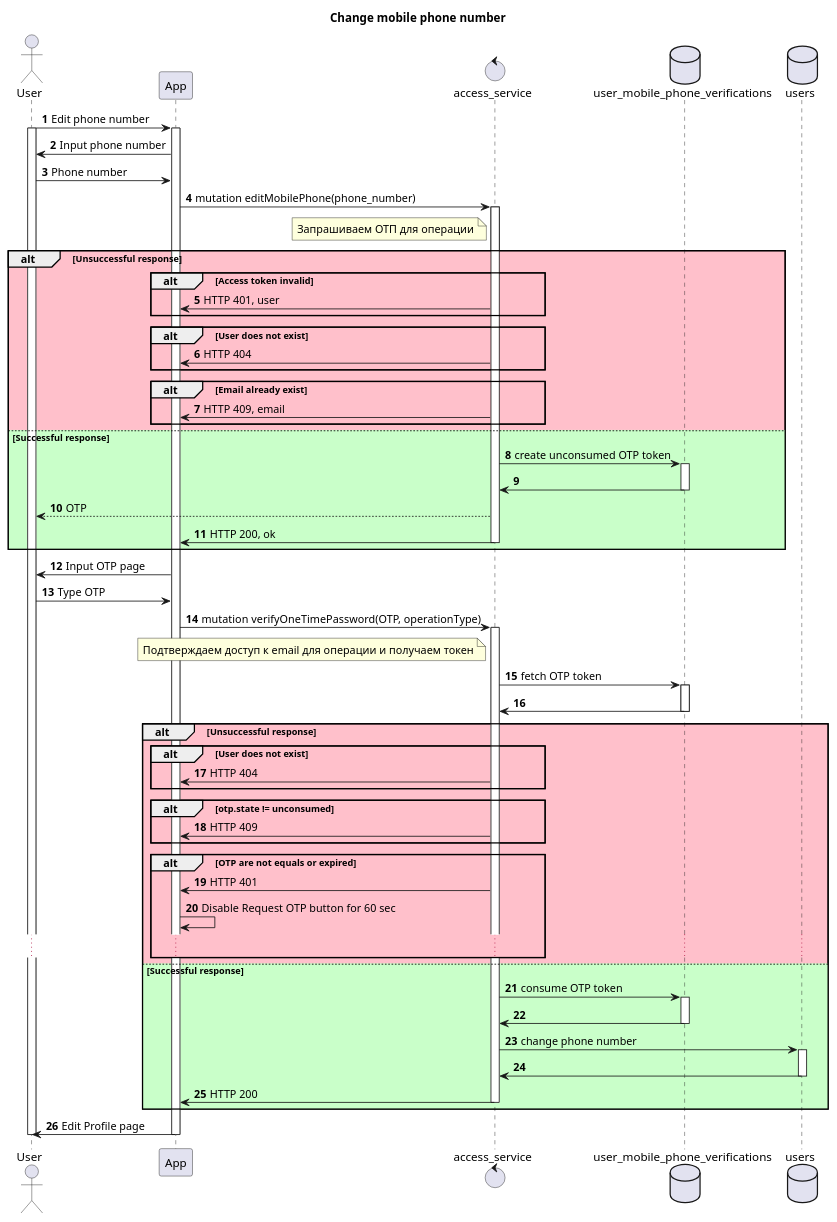
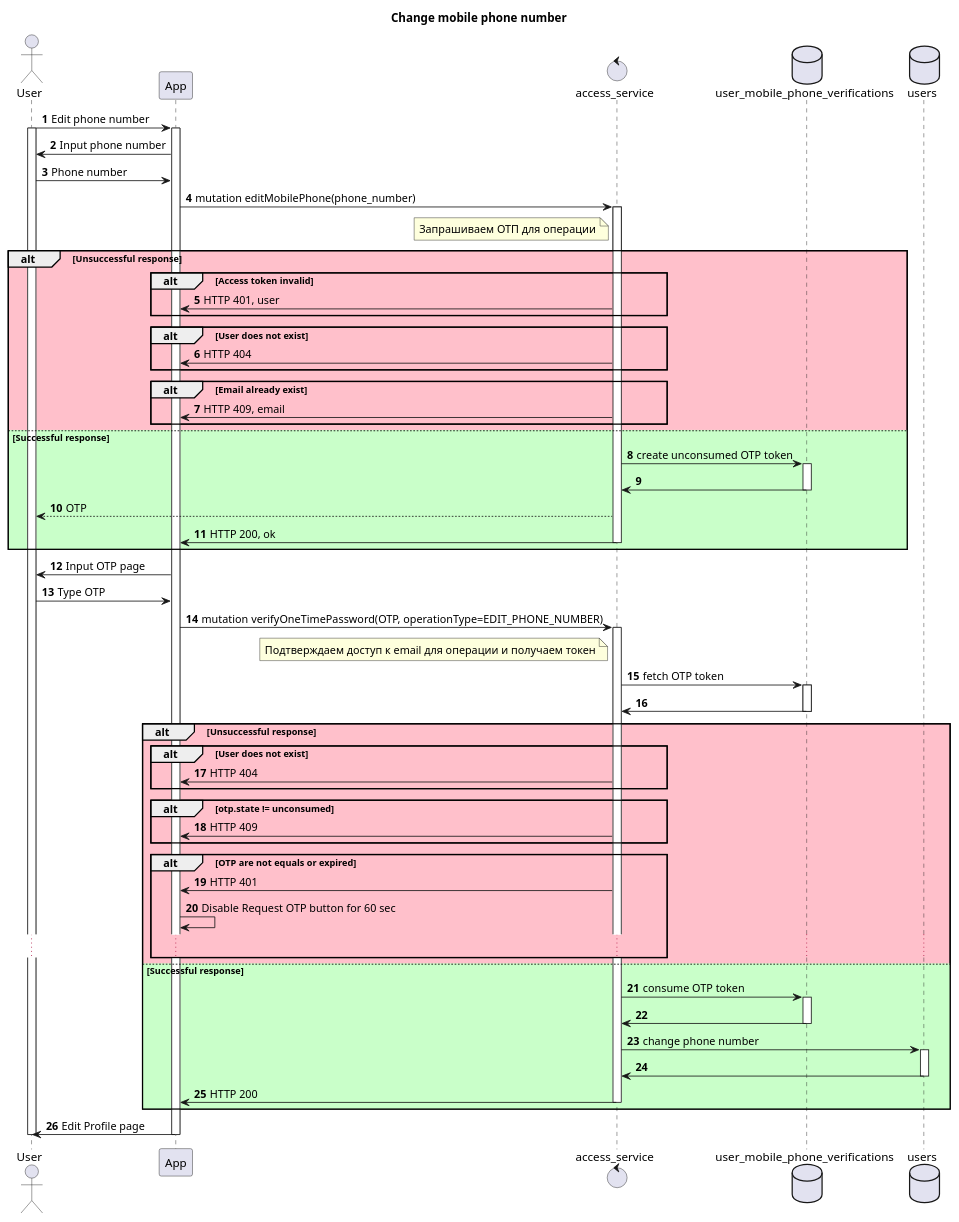
The diagram in schemas/change_mobile_phone_to_be.puml (algruwork/work), drawn with PlantUML before and after one commit. The commit also changed 1 other file, not shown here.

Commit message:
add operationType values

```diff
--- a/schemas/change_mobile_phone_to_be.puml
+++ b/schemas/change_mobile_phone_to_be.puml
@@ -1,92 +1,92 @@
 @startuml
 actor User as U
 participant App as GUI
 control access_service as AC
 database user_mobile_phone_verifications as UMVT
 database users as UD
 
 title "Change mobile phone number"
 autonumber
 U -> GUI: Edit phone number
 activate U
 activate GUI
 GUI -> U: Input phone number
 U -> GUI: Phone number
 GUI -> AC: mutation editMobilePhone(phone_number)
 note left AC
 Запрашиваем ОТП для операции
 end note
 activate AC
 
 alt #Pink Unsuccessful response
 
 alt #Pink Access token invalid
 AC -> GUI: HTTP 401, user
 end
 
 alt #Pink User does not exist
 AC -> GUI: HTTP 404
 end
 
 alt #Pink Email already exist
 AC -> GUI: HTTP 409, email
 end
 
 else #Technology Successful response
 AC -> UMVT: create unconsumed OTP token
 
 activate UMVT
 UMVT -> AC:
 deactivate UMVT
 AC --> U: OTP
 AC -> GUI: HTTP 200, ok
 deactivate AC
 end
 
 GUI -> U: Input OTP page
 U -> GUI: Type OTP
-GUI -> AC: mutation verifyOneTimePassword(OTP, operationType)
+GUI -> AC: mutation verifyOneTimePassword(OTP, operationType=EDIT_PHONE_NUMBER)
 note left AC
 Подтверждаем доступ к email для операции и получаем токен
 end note
 
 activate AC
 AC -> UMVT: fetch OTP token
 activate UMVT
 UMVT -> AC:
 deactivate UMVT
 
 alt #Pink Unsuccessful response
 
 alt #Pink User does not exist
 AC -> GUI: HTTP 404
 end
 
 alt #Pink otp.state != unconsumed
 AC -> GUI: HTTP 409
 end
 
 alt #Pink OTP are not equals or expired
 AC -> GUI: HTTP 401
 GUI -> GUI: Disable Request OTP button for 60 sec
 ...
 end
 
 
 else #Technology Successful response
 AC -> UMVT: consume OTP token
 activate UMVT
 UMVT -> AC:
 deactivate UMVT
 AC -> UD: change phone number
 activate UD
 UD -> AC:
 deactivate UD
 AC -> GUI: HTTP 200
 deactivate AC
 end
 
 GUI -> U: Edit Profile page
 deactivate GUI
 deactivate U
 @enduml
```
